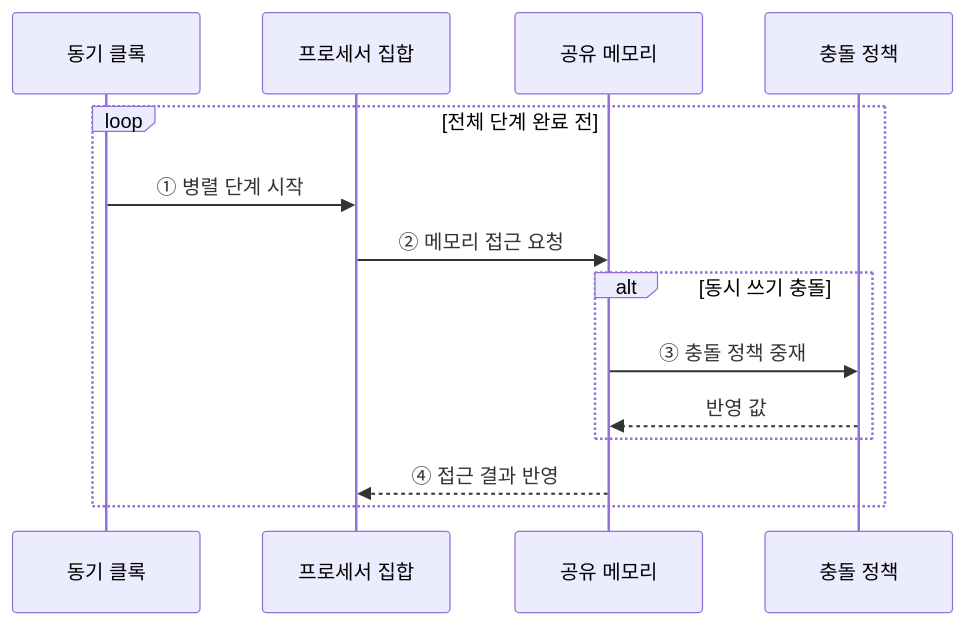
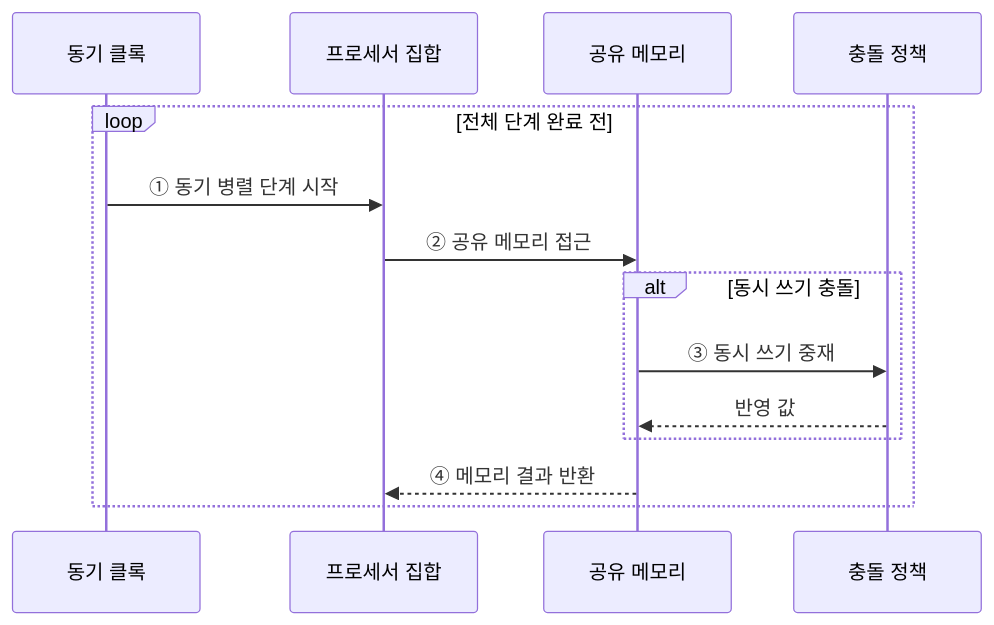
Before and after one commit to agnusdei1207/knowledge-base: the second of 2 diagrams in src/content/docs/notes/01-basic-theory/061_parallel_algo_pram.md, drawn with Mermaid. The commit also changed other lines of this file and 3 other files, not shown here.

````diff
--- a/src/content/docs/notes/01-basic-theory/061_parallel_algo_pram.md
+++ b/src/content/docs/notes/01-basic-theory/061_parallel_algo_pram.md
@@ -81,16 +84,16 @@
 ```mermaid
 sequenceDiagram
     participant C as 동기 클록
     participant P as 프로세서 집합
     participant M as 공유 메모리
     participant R as 충돌 정책
     loop 전체 단계 완료 전
-        C->>P: ① 병렬 단계 시작
-        P->>M: ② 메모리 접근 요청
+        C->>P: ① 동기 병렬 단계 시작
+        P->>M: ② 공유 메모리 접근
         alt 동시 쓰기 충돌
-            M->>R: ③ 충돌 정책 중재
+            M->>R: ③ 동시 쓰기 중재
             R-->>M: 반영 값
         end
-        M-->>P: ④ 접근 결과 반영
+        M-->>P: ④ 메모리 결과 반환
     end
 ```
````
